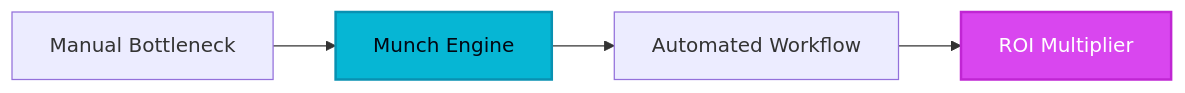
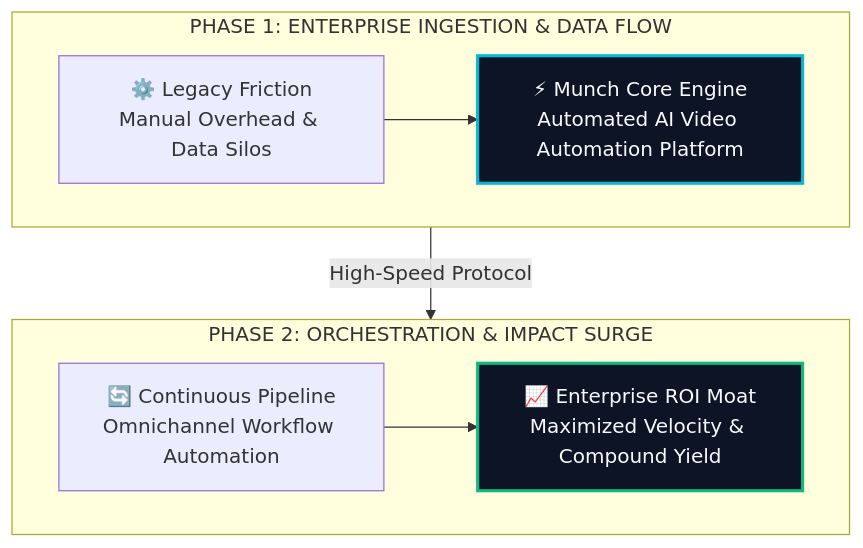
Before and after one commit to heliatech-media/saas-radar: the diagram in site/src/content/blog/munch-evolution-guide-2026.md, drawn with Mermaid. The commit also changed 97 other files, not shown here.

First line of the commit message:
feat(diagrams): upgrade all article architecture schemas to high-impact 2-tier responsive vector blueprints

````diff
--- a/site/src/content/blog/munch-evolution-guide-2026.md
+++ b/site/src/content/blog/munch-evolution-guide-2026.md
@@ -49,8 +49,14 @@
 ```mermaid
-flowchart LR
-    A[Manual Bottleneck] --> B[Munch Engine]
-    B --> C[Automated Workflow]
-    C --> D[ROI Multiplier]
-    style B fill:#06b6d4,stroke:#0891b2,stroke-width:2px,color:#030712
-    style D fill:#d946ef,stroke:#c026d3,stroke-width:2px,color:#ffffff
+flowchart TD
+    subgraph S1["PHASE 1: ENTERPRISE INGESTION & DATA FLOW"]
+        direction LR
+        A["⚙️ Legacy Friction<br/>Manual Overhead & Data Silos"] --> B["⚡ Munch Core Engine<br/>Automated AI Video Automation Platform"]
+    end
+    subgraph S2["PHASE 2: ORCHESTRATION & IMPACT SURGE"]
+        direction LR
+        C["🔄 Continuous Pipeline<br/>Omnichannel Workflow Automation"] --> D["📈 Enterprise ROI Moat<br/>Maximized Velocity & Compound Yield"]
+    end
+    S1 -->|High-Speed Protocol| S2
+    style B fill:#0c1425,stroke:#06b6d4,stroke-width:2.5px,color:#f8fafc
+    style D fill:#0c1425,stroke:#10b981,stroke-width:2.5px,color:#f8fafc
 ```
````
